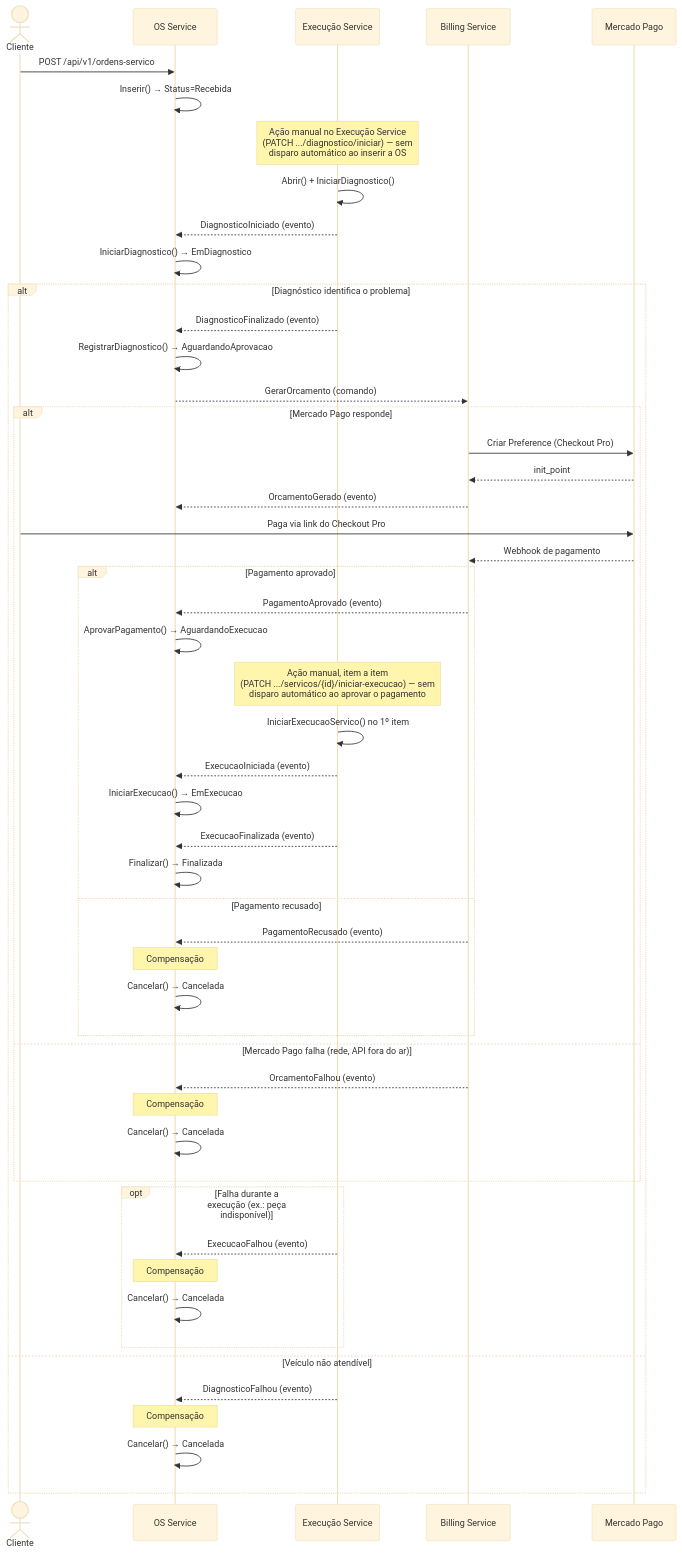
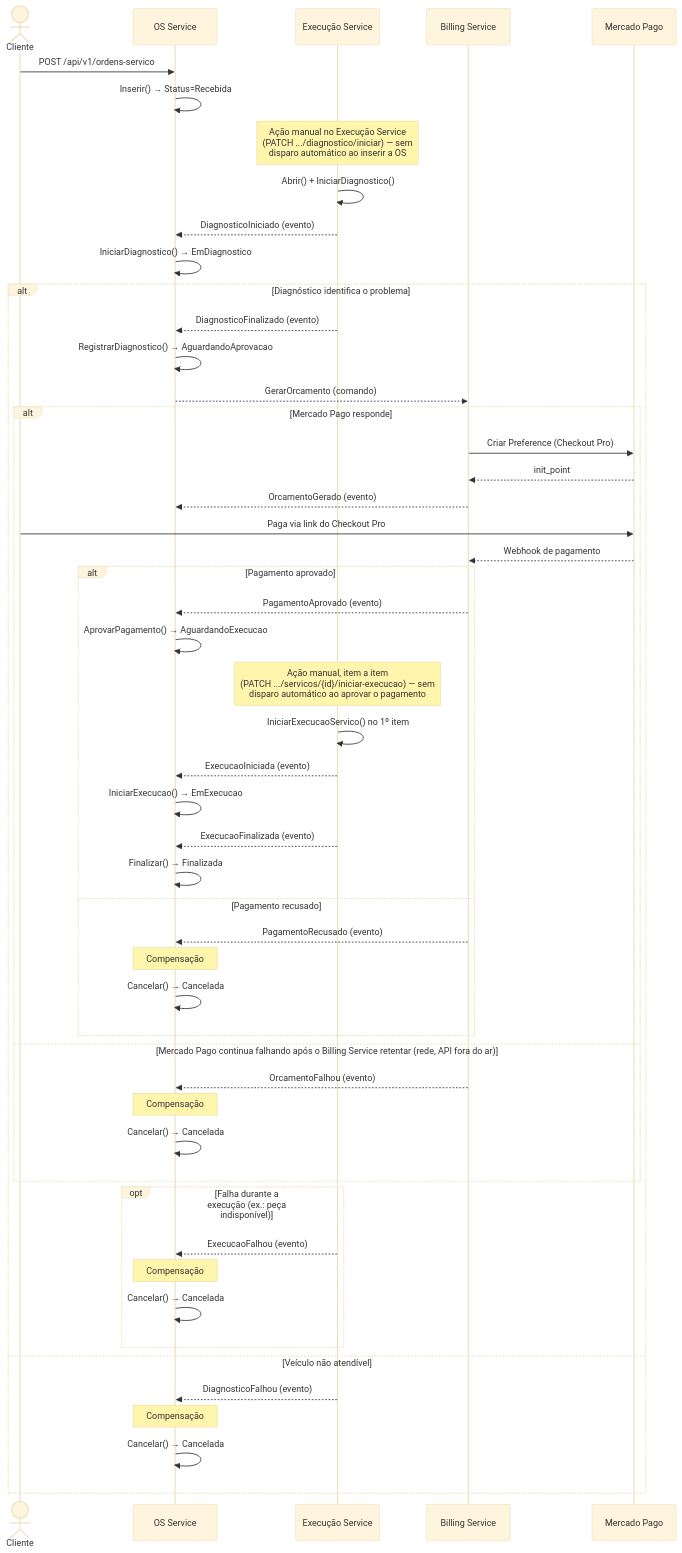
The fourth of 4 diagrams in docs/architecture.md (monnclaro/soat-tech-challenge-os-service), drawn with Mermaid (base theme) before and after one commit. The commit also changed 1 other file, not shown here.

Commit message:
docs: atualizar ADR 0001 sobre retry antes de compensar no Billing Service
Reflete o fix em soat-tech-challenge-billing-service: OrcamentoFalhou so e
publicado depois de 3 retentativas automaticas da chamada ao Mercado Pago
(nem toda falha exige compensacao de cara), nao mais na primeira falha.

````diff
--- a/docs/architecture.md
+++ b/docs/architecture.md
@@ -92,58 +92,58 @@
 ```mermaid
 sequenceDiagram
     actor Cliente
     participant OS as OS Service
     participant Exec as Execução Service
     participant Bill as Billing Service
     participant MP as Mercado Pago
 
     Cliente->>OS: POST /api/v1/ordens-servico
     OS->>OS: Inserir() → Status=Recebida
     Note over Exec: Ação manual no Execução Service<br/>(PATCH .../diagnostico/iniciar) — sem<br/>disparo automático ao inserir a OS
     Exec->>Exec: Abrir() + IniciarDiagnostico()
     Exec-->>OS: DiagnosticoIniciado (evento)
     OS->>OS: IniciarDiagnostico() → EmDiagnostico
 
     alt Diagnóstico identifica o problema
         Exec-->>OS: DiagnosticoFinalizado (evento)
         OS->>OS: RegistrarDiagnostico() → AguardandoAprovacao
         OS-->>Bill: GerarOrcamento (comando)
 
         alt Mercado Pago responde
             Bill->>MP: Criar Preference (Checkout Pro)
             MP-->>Bill: init_point
             Bill-->>OS: OrcamentoGerado (evento)
             Cliente->>MP: Paga via link do Checkout Pro
             MP-->>Bill: Webhook de pagamento
 
             alt Pagamento aprovado
                 Bill-->>OS: PagamentoAprovado (evento)
                 OS->>OS: AprovarPagamento() → AguardandoExecucao
                 Note over Exec: Ação manual, item a item<br/>(PATCH .../servicos/{id}/iniciar-execucao) — sem<br/>disparo automático ao aprovar o pagamento
                 Exec->>Exec: IniciarExecucaoServico() no 1º item
                 Exec-->>OS: ExecucaoIniciada (evento)
                 OS->>OS: IniciarExecucao() → EmExecucao
                 Exec-->>OS: ExecucaoFinalizada (evento)
                 OS->>OS: Finalizar() → Finalizada
             else Pagamento recusado
                 Bill-->>OS: PagamentoRecusado (evento)
                 Note over OS: Compensação
                 OS->>OS: Cancelar() → Cancelada
             end
-        else Mercado Pago falha (rede, API fora do ar)
+        else Mercado Pago continua falhando após o Billing Service retentar (rede, API fora do ar)
             Bill-->>OS: OrcamentoFalhou (evento)
             Note over OS: Compensação
             OS->>OS: Cancelar() → Cancelada
         end
 
         opt Falha durante a execução (ex.: peça indisponível)
             Exec-->>OS: ExecucaoFalhou (evento)
             Note over OS: Compensação
             OS->>OS: Cancelar() → Cancelada
         end
     else Veículo não atendível
         Exec-->>OS: DiagnosticoFalhou (evento)
         Note over OS: Compensação
         OS->>OS: Cancelar() → Cancelada
     end
 ```
````
